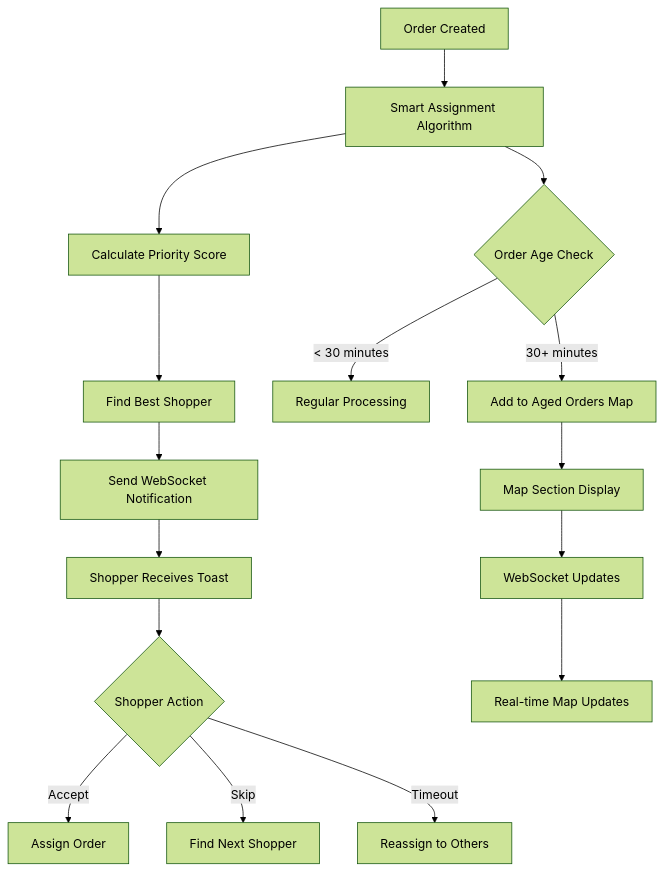
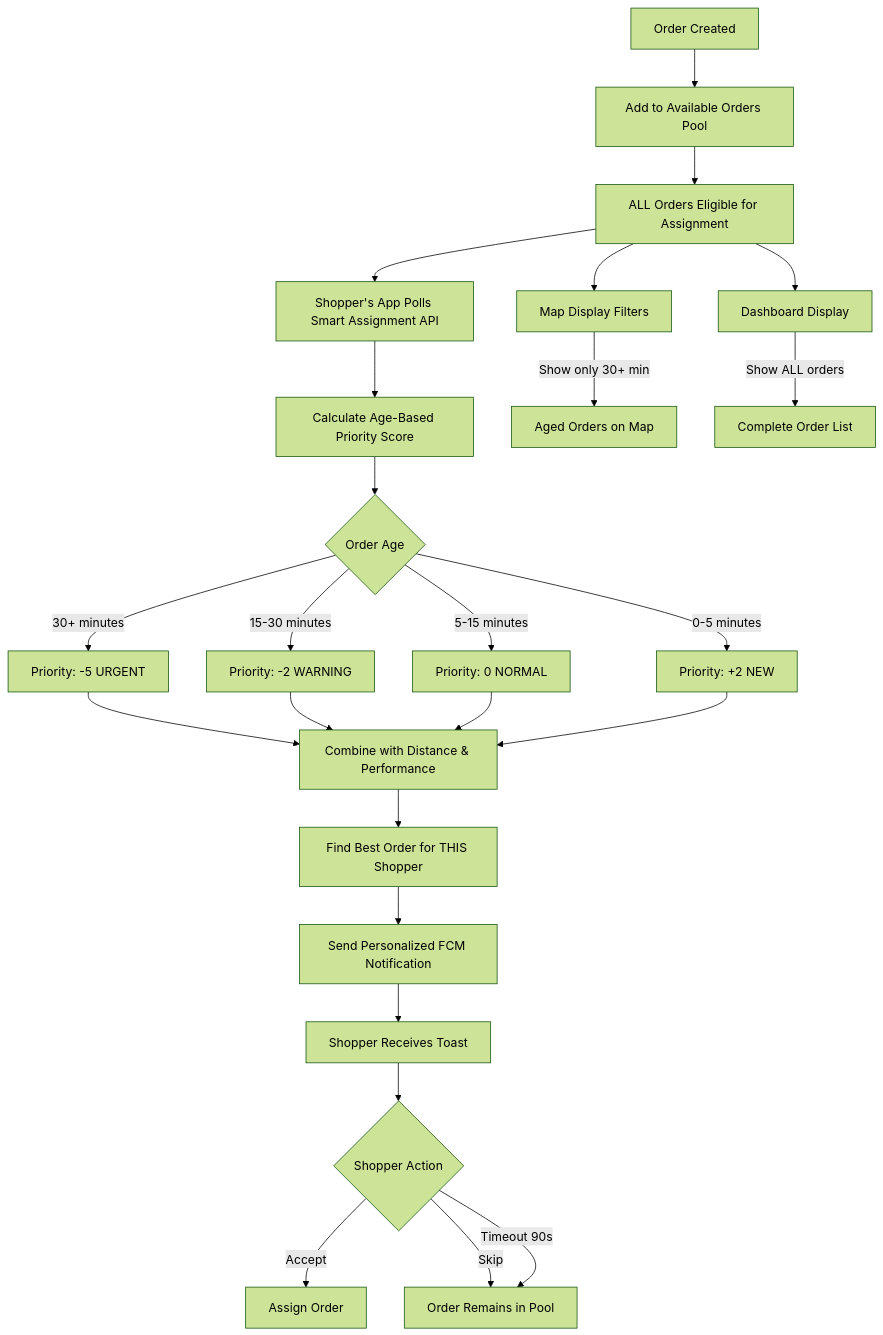
One commit to IhuzaApp/GroceryRw changed the second of 9 diagrams in README.md. Above: the diagram before and after it, drawn with Mermaid (forest theme). The commit also changed other lines of this file, not shown here.

````diff
--- a/README.md
+++ b/README.md
@@ -464,20 +466,27 @@
 ```mermaid
 graph TB
-    A[Order Created] --> B[Smart Assignment Algorithm]
-    B --> C{Order Age Check}
-    C -->|30+ minutes| D[Add to Aged Orders Map]
-    C -->|< 30 minutes| E[Regular Processing]
-
-    B --> F[Calculate Priority Score]
-    F --> G[Find Best Shopper]
-    G --> H[Send WebSocket Notification]
-    H --> I[Shopper Receives Toast]
-    I --> J{Shopper Action}
-    J -->|Accept| K[Assign Order]
-    J -->|Skip| L[Find Next Shopper]
-    J -->|Timeout| M[Reassign to Others]
-
-    D --> N[Map Section Display]
-    N --> O[WebSocket Updates]
-    O --> P[Real-time Map Updates]
+    A[Order Created] --> B[Add to Available Orders Pool]
+    B --> C[ALL Orders Eligible for Assignment]
+    
+    C --> D[Shopper's App Polls Smart Assignment API]
+    D --> E[Calculate Age-Based Priority Score]
+    E --> F{Order Age}
+    F -->|30+ minutes| G[Priority: -5 URGENT]
+    F -->|15-30 minutes| H[Priority: -2 WARNING]
+    F -->|5-15 minutes| I[Priority: 0 NORMAL]
+    F -->|0-5 minutes| J[Priority: +2 NEW]
+    
+    G & H & I & J --> K[Combine with Distance & Performance]
+    K --> L[Find Best Order for THIS Shopper]
+    L --> M[Send Personalized FCM Notification]
+    M --> N[Shopper Receives Toast]
+    N --> O{Shopper Action}
+    O -->|Accept| P[Assign Order]
+    O -->|Skip| Q[Order Remains in Pool]
+    O -->|Timeout 90s| Q
+    
+    C --> R[Map Display Filters]
+    R -->|Show only 30+ min| S[Aged Orders on Map]
+    C --> T[Dashboard Display]
+    T -->|Show ALL orders| U[Complete Order List]
 ```
````
